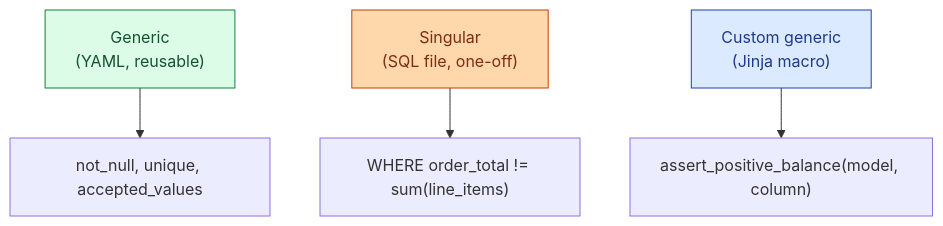
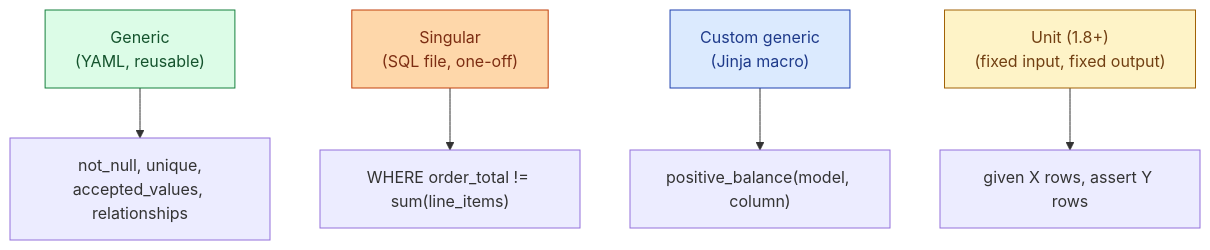
One commit to shiningflash/shiningflash.github.io changed the first of 2 diagrams in _de_concepts/048-dbt-tests.md. Above: the diagram before and after it, drawn with Mermaid. The commit also changed other lines of this file and 69 other files, not shown here.

````diff
--- a/_de_concepts/048-dbt-tests.md
+++ b/_de_concepts/048-dbt-tests.md
@@ -12,10 +12,12 @@
 ```mermaid
 flowchart TB
-    Generic["Generic<br/>(YAML, reusable)"]:::g --> G1["not_null, unique, accepted_values"]
+    Generic["Generic<br/>(YAML, reusable)"]:::g --> G1["not_null, unique,<br/>accepted_values, relationships"]
     Singular["Singular<br/>(SQL file, one-off)"]:::s --> S1["WHERE order_total != sum(line_items)"]
-    Custom["Custom generic<br/>(Jinja macro)"]:::c --> C1["assert_positive_balance(model, column)"]
+    Custom["Custom generic<br/>(Jinja macro)"]:::c --> C1["positive_balance(model, column)"]
+    Unit["Unit (1.8+)<br/>(fixed input, fixed output)"]:::u --> U1["given X rows, assert Y rows"]
 
     classDef g fill:#dcfce7,stroke:#15803d,color:#14532d
     classDef s fill:#fed7aa,stroke:#c2410c,color:#7c2d12
     classDef c fill:#dbeafe,stroke:#1e40af,color:#1e3a8a
+    classDef u fill:#fef3c7,stroke:#a16207,color:#713f12
 ```
````
